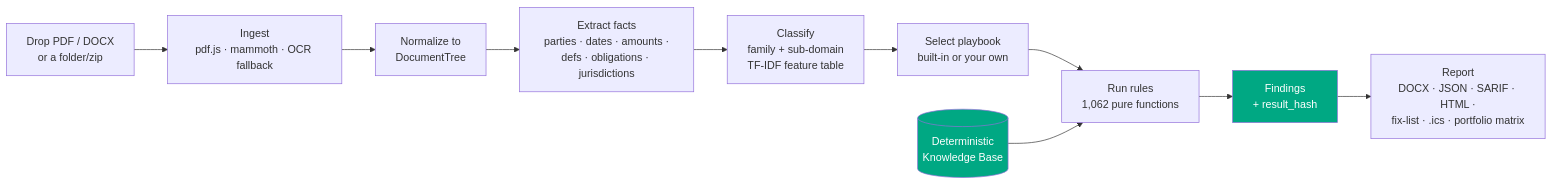
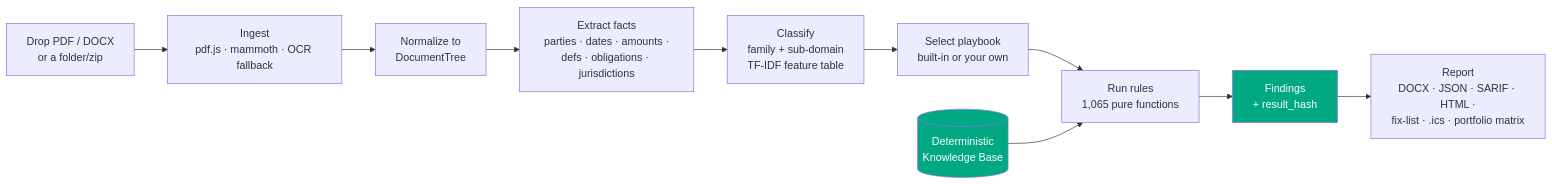
The first of 8 diagrams in README.md (clay-good/vaulytica), drawn with Mermaid before and after one commit. The commit also changed other lines of this file and 13 other files, not shown here.

````diff
--- a/README.md
+++ b/README.md
@@ -27,14 +27,14 @@
 ```mermaid
 flowchart LR
   A[Drop PDF / DOCX<br/>or a folder/zip] --> B[Ingest<br/>pdf.js · mammoth · OCR fallback]
   B --> C[Normalize to<br/>DocumentTree]
   C --> D[Extract facts<br/>parties · dates · amounts ·<br/>defs · obligations · jurisdictions]
   D --> E[Classify<br/>family + sub-domain<br/>TF-IDF feature table]
   E --> F[Select playbook<br/>built-in or your own]
-  F --> G[Run rules<br/>1,062 pure functions]
+  F --> G[Run rules<br/>1,065 pure functions]
   G --> H[Findings<br/>+ result_hash]
   H --> I[Report<br/>DOCX · JSON · SARIF · HTML ·<br/>fix-list · .ics · portfolio matrix]
   K[(Deterministic<br/>Knowledge Base)] --> G
   style K fill:#00A883,color:#fff
   style H fill:#00A883,color:#fff
 ```
````
